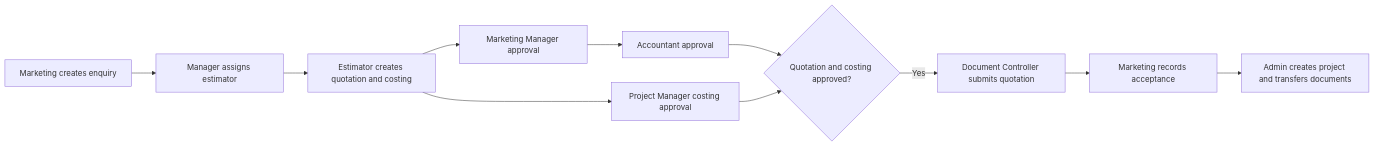
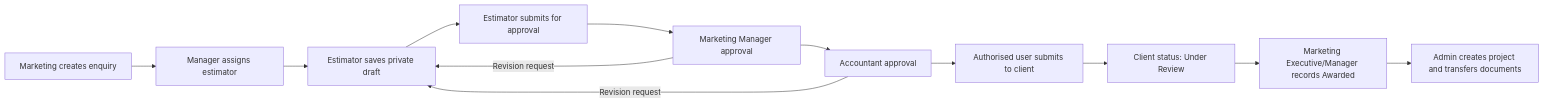
The diagram in docs/PRODUCT_AND_WORKFLOW.md (savad-rm/WMS), drawn with Mermaid before and after one commit. The commit also changed other lines of this file and 7 other files, not shown here.

Commit message:
update documentations with the latest logical and data flow changes

````diff
--- a/docs/PRODUCT_AND_WORKFLOW.md
+++ b/docs/PRODUCT_AND_WORKFLOW.md
@@ -27,13 +27,14 @@
 ```mermaid
 flowchart LR
   E["Marketing creates enquiry"] --> A["Manager assigns estimator"]
-  A --> Q["Estimator creates quotation and costing"]
-  Q --> M["Marketing Manager approval"]
+  A --> Q["Estimator saves private draft"]
+  Q --> F["Estimator submits for approval"]
+  F --> M["Marketing Manager approval"]
   M --> C["Accountant approval"]
-  Q --> P["Project Manager costing approval"]
-  C --> D{"Quotation and costing approved?"}
-  P --> D
-  D -->|Yes| S["Document Controller submits quotation"]
-  S --> W["Marketing records acceptance"]
+  M -->|Revision request| Q
+  C -->|Revision request| Q
+  C --> S["Authorised user submits to client"]
+  S --> U["Client status: Under Review"]
+  U --> W["Marketing Executive/Manager records Awarded"]
   W --> R["Admin creates project and transfers documents"]
 ```
````
